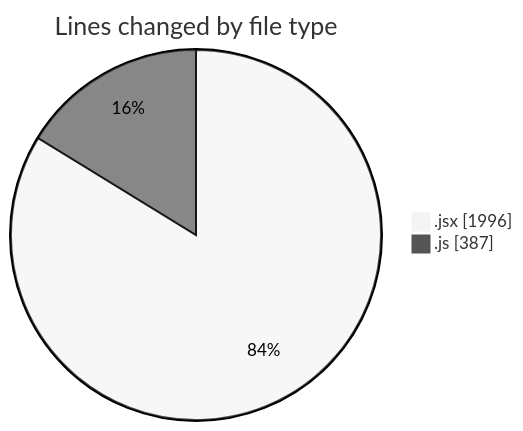
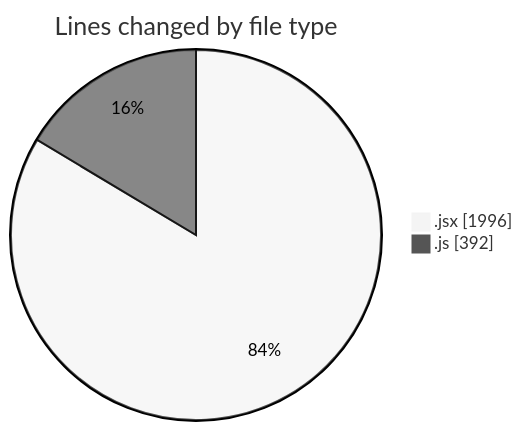
One commit to nxtqubesakshisongat/code-tracking changed the first of 2 diagrams in 2025-10-13/nxtqube_webapp/README.md. Above: the diagram before and after it, drawn with Mermaid (neutral theme). The commit also changed other lines of this file and 1 other file, not shown here.

````diff
--- a/2025-10-13/nxtqube_webapp/README.md
+++ b/2025-10-13/nxtqube_webapp/README.md
@@ -22,6 +22,6 @@
 ```mermaid
 pie showData
 title Lines changed by file type
 ".jsx" : 1996
-".js" : 387
+".js" : 392
 ```
````
